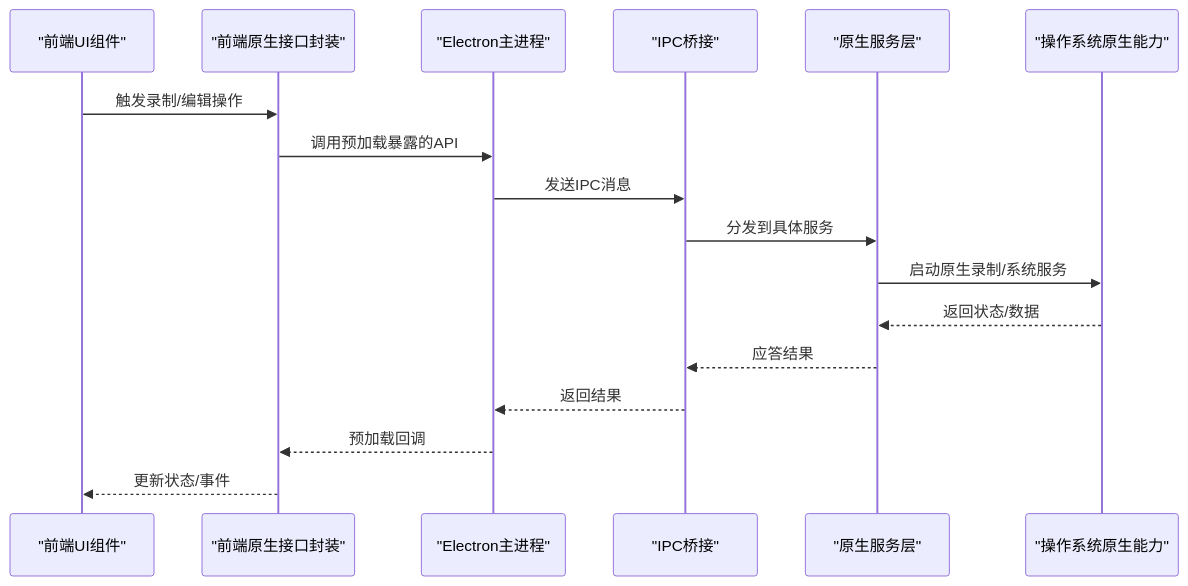
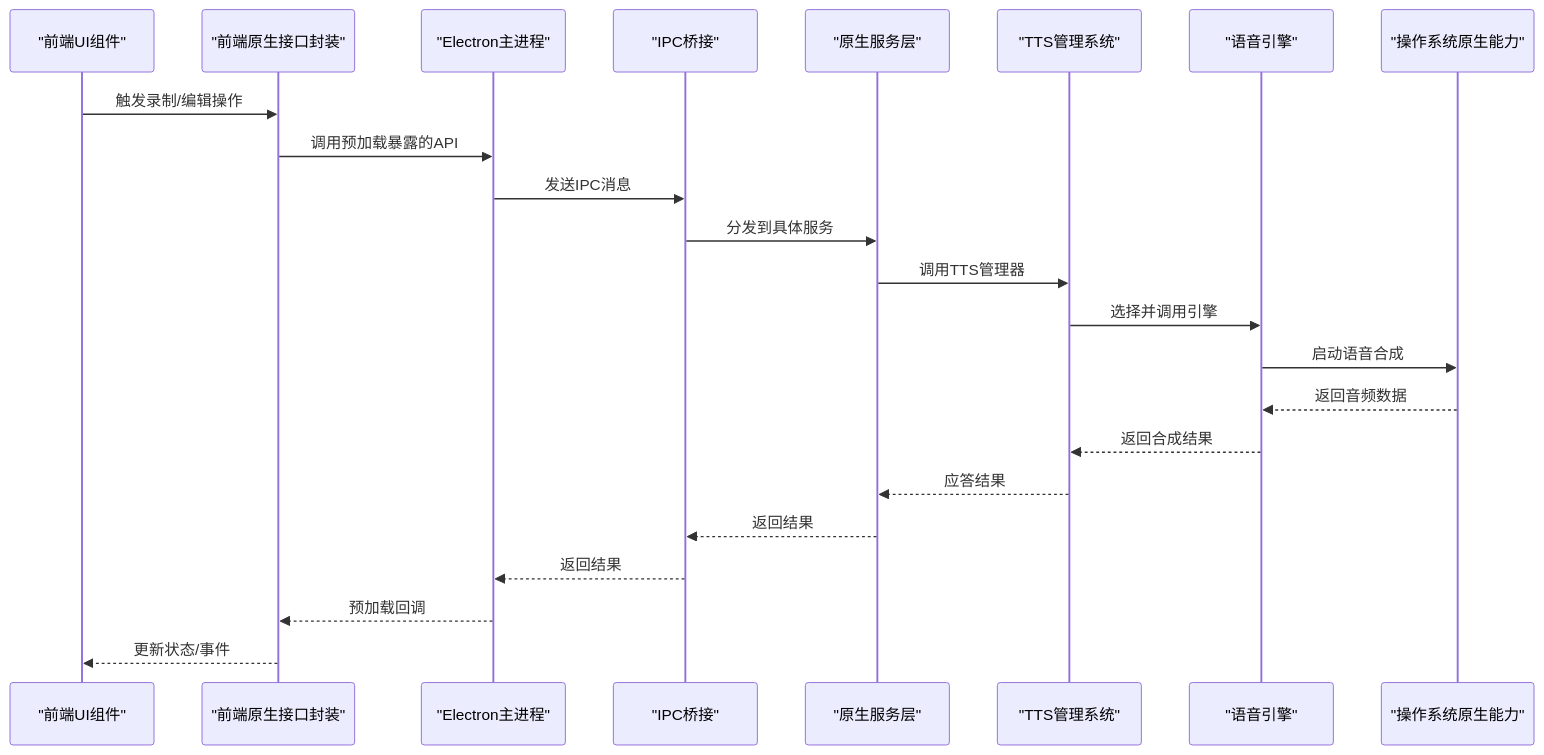
Before and after one commit to zhanggmin/openscreen: the second of 9 diagrams in .qoder/repowiki/zh/content/开发者指南.md, drawn with Mermaid. The commit also changed other lines of this file and 68 other files, not shown here.

Commit message:
开发图文编辑功能

````diff
--- a/.qoder/repowiki/zh/content/开发者指南.md
+++ b/.qoder/repowiki/zh/content/开发者指南.md
@@ -148,19 +169,25 @@
 ```mermaid
 sequenceDiagram
 participant UI as "前端UI组件"
 participant FE as "前端原生接口封装"
 participant EP as "Electron主进程"
 participant IPC as "IPC桥接"
 participant NB as "原生服务层"
+participant TTS as "TTS管理系统"
+participant Engine as "语音引擎"
 participant OS as "操作系统原生能力"
 UI->>FE : 触发录制/编辑操作
 FE->>EP : 调用预加载暴露的API
 EP->>IPC : 发送IPC消息
 IPC->>NB : 分发到具体服务
-NB->>OS : 启动原生录制/系统服务
-OS-->>NB : 返回状态/数据
-NB-->>IPC : 应答结果
+NB->>TTS : 调用TTS管理器
+TTS->>Engine : 选择并调用引擎
+Engine->>OS : 启动语音合成
+OS-->>Engine : 返回音频数据
+Engine-->>TTS : 返回合成结果
+TTS-->>NB : 应答结果
+NB-->>IPC : 返回结果
 IPC-->>EP : 返回结果
 EP-->>FE : 预加载回调
 FE-->>UI : 更新状态/事件
 ```
````
